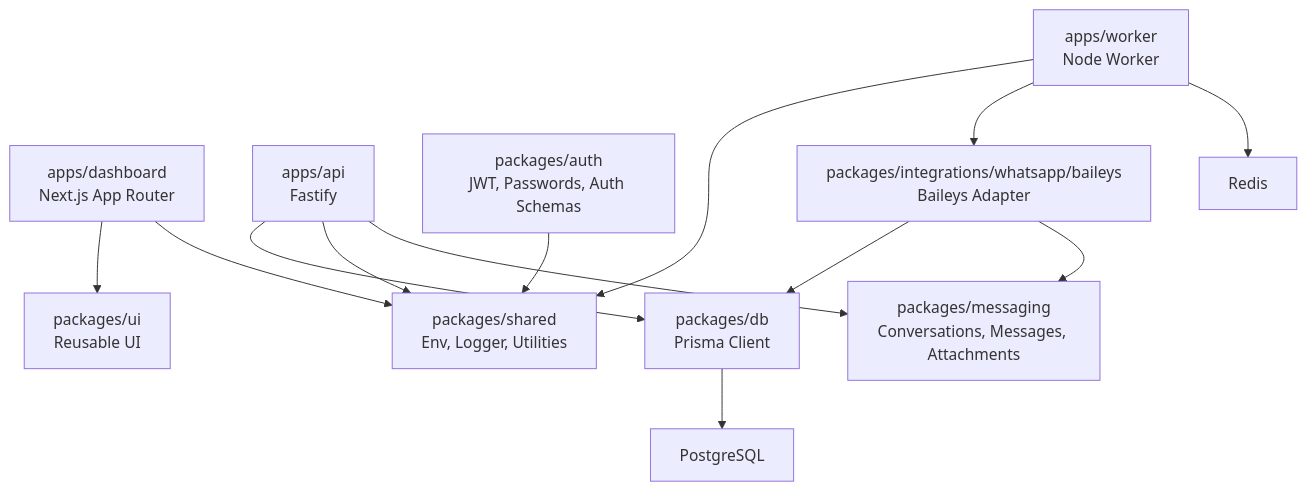
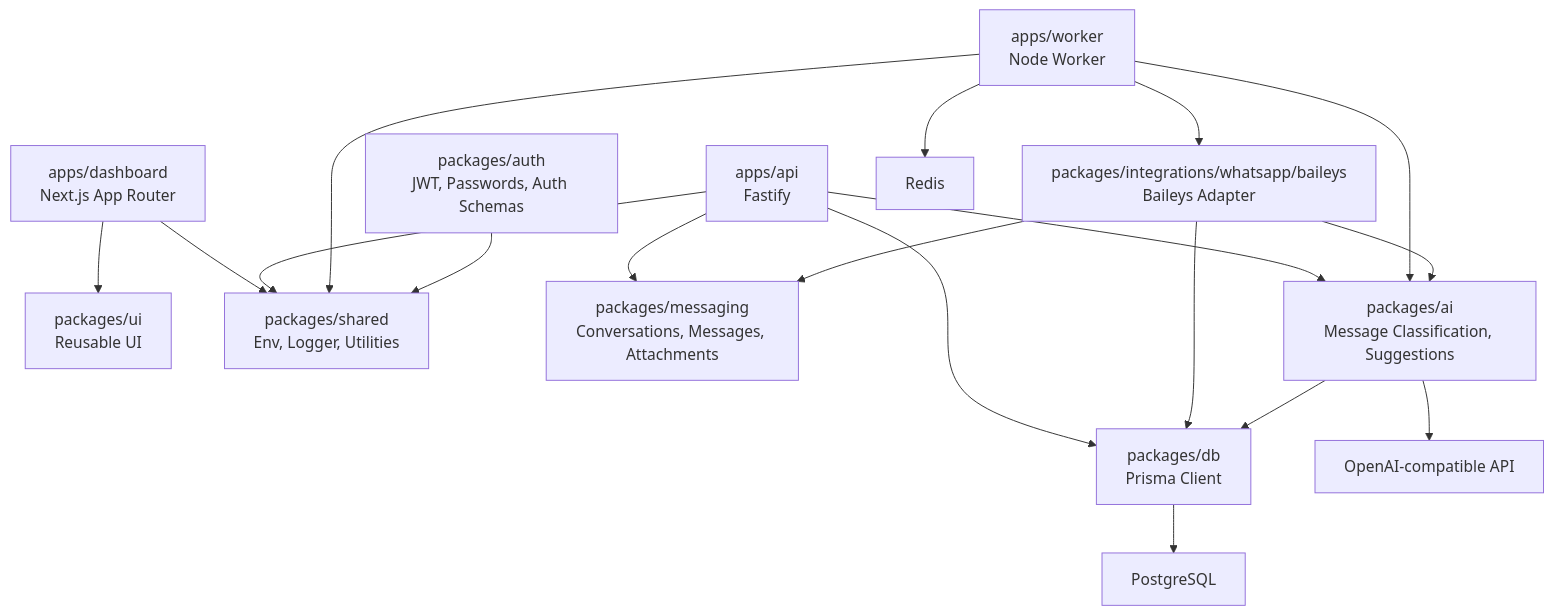
The diagram in README.md (premhiru/fieldos), drawn with Mermaid before and after one commit. The commit also changed other lines of this file and 29 other files, not shown here.

Commit message:
feat: add AI message classification and task suggestions

````diff
--- a/README.md
+++ b/README.md
@@ -34,27 +34,34 @@
 ```mermaid
 flowchart TD
   Dashboard["apps/dashboard\nNext.js App Router"]
   API["apps/api\nFastify"]
   Worker["apps/worker\nNode Worker"]
   UI["packages/ui\nReusable UI"]
   DB["packages/db\nPrisma Client"]
   Shared["packages/shared\nEnv, Logger, Utilities"]
   Auth["packages/auth\nJWT, Passwords, Auth Schemas"]
   Messaging["packages/messaging\nConversations, Messages, Attachments"]
+  AI["packages/ai\nMessage Classification, Suggestions"]
   WhatsApp["packages/integrations/whatsapp/baileys\nBaileys Adapter"]
   Postgres["PostgreSQL"]
   Redis["Redis"]
+  Provider["OpenAI-compatible API"]
 
   Dashboard --> UI
   Dashboard --> Shared
   API --> DB
   API --> Shared
   API --> Messaging
+  API --> AI
   Worker --> Shared
+  Worker --> AI
   Worker --> WhatsApp
   WhatsApp --> DB
   WhatsApp --> Messaging
+  WhatsApp --> AI
+  AI --> Provider
+  AI --> DB
   Worker --> Redis
   DB --> Postgres
   Auth --> Shared
 ```
````
